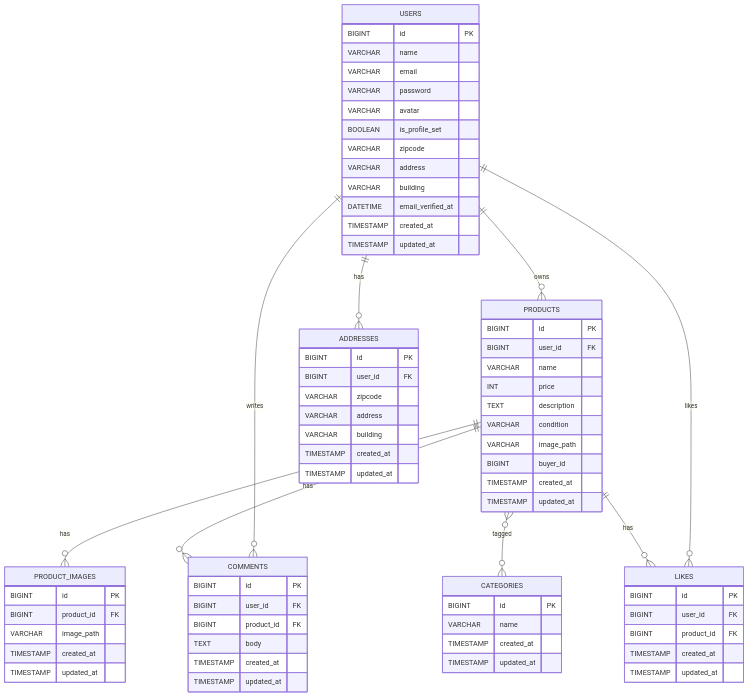
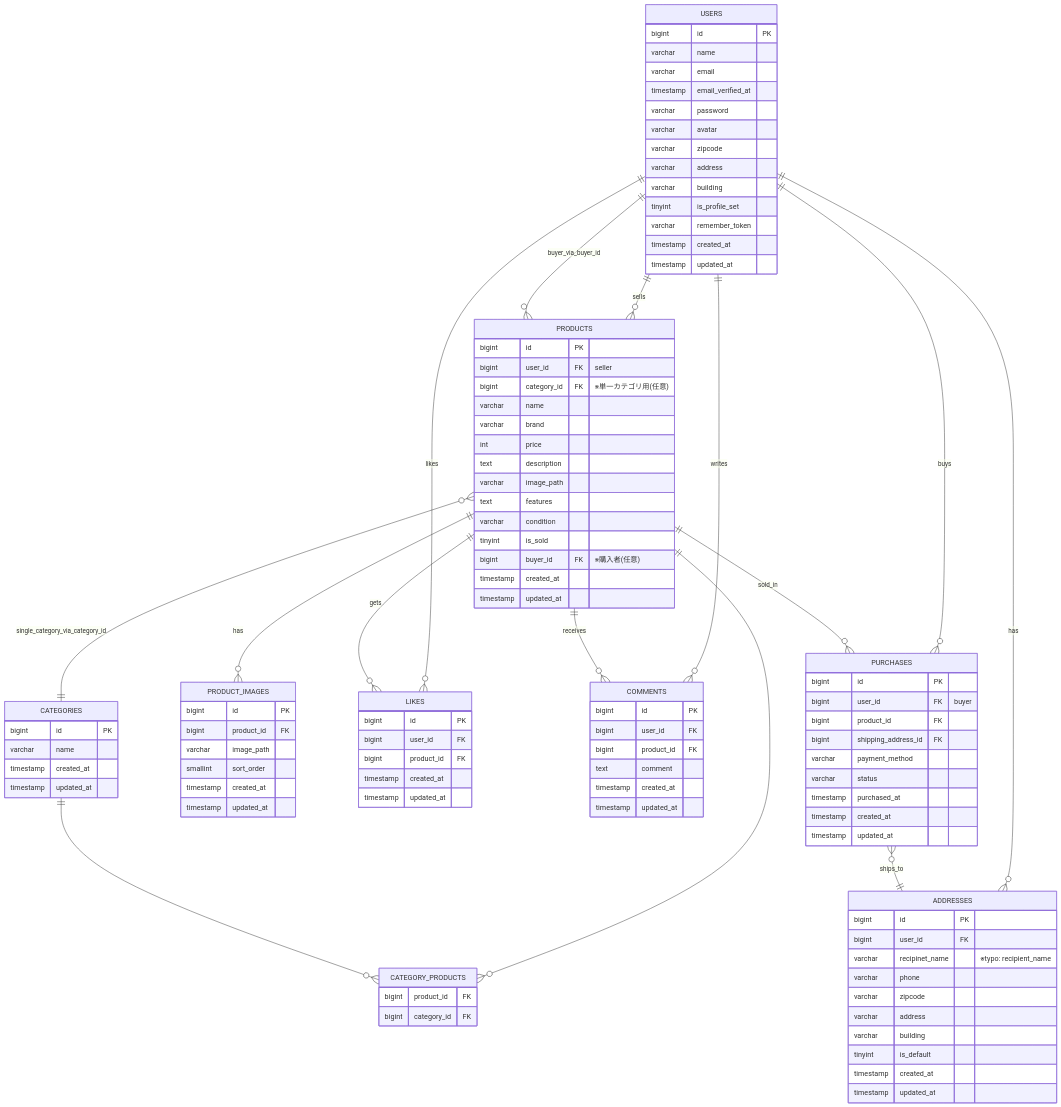
Before and after one commit to kiki1226/coachtech-flima: the diagram in README.md, drawn with Mermaid. The commit also changed other lines of this file, not shown here.

Commit message:
Initial commit: coachtech-flema app (tests & Dusk green)

````diff
--- a/README.md
+++ b/README.md
@@ -59,83 +62,121 @@
 }}%%
 
 erDiagram
-  USERS ||--o{ PRODUCTS : "owns"
-  USERS ||--o{ COMMENTS : "writes"
-  USERS ||--o{ LIKES : "likes"
-  USERS ||--o{ ADDRESSES : "has"
+  USERS {
+    bigint id PK
+    varchar name
+    varchar email
+    timestamp email_verified_at
+    varchar password
+    varchar avatar
+    varchar zipcode
+    varchar address
+    varchar building
+    tinyint  is_profile_set
+    varchar remember_token
+    timestamp created_at
+    timestamp updated_at
+  }
 
-  PRODUCTS ||--o{ PRODUCT_IMAGES : "has"
-  PRODUCTS ||--o{ COMMENTS : "has"
-  PRODUCTS ||--o{ LIKES : "has"
-  PRODUCTS }o--o{ CATEGORIES : "tagged"
-
-  USERS {
-    BIGINT   id PK
-    VARCHAR  name
-    VARCHAR  email
-    VARCHAR  password
-    VARCHAR  avatar
-    BOOLEAN  is_profile_set
-    VARCHAR  zipcode
-    VARCHAR  address
-    VARCHAR  building
-    DATETIME email_verified_at
-    TIMESTAMP created_at
-    TIMESTAMP updated_at
+  CATEGORIES {
+    bigint id PK
+    varchar name
+    timestamp created_at
+    timestamp updated_at
   }
 
   PRODUCTS {
-    BIGINT   id PK
-    BIGINT   user_id FK
-    VARCHAR  name
-    INT      price
-    TEXT     description
-    VARCHAR  condition
-    VARCHAR  image_path
-    BIGINT   buyer_id
-    TIMESTAMP created_at
-    TIMESTAMP updated_at
+    bigint id PK
+    bigint user_id FK  "seller"
+    bigint category_id FK "※単一カテゴリ用(任意)"
+    varchar name
+    varchar brand
+    int     price
+    text    description
+    varchar image_path
+    text    features
+    varchar condition
+    tinyint is_sold
+    bigint  buyer_id FK "※購入者(任意)"
+    timestamp created_at
+    timestamp updated_at
   }
 
   PRODUCT_IMAGES {
-    BIGINT   id PK
-    BIGINT   product_id FK
-    VARCHAR  image_path
-    TIMESTAMP created_at
-    TIMESTAMP updated_at
+    bigint id PK
+    bigint product_id FK
+    varchar image_path
+    smallint sort_order
+    timestamp created_at
+    timestamp updated_at
   }
 
-  CATEGORIES {
-    BIGINT   id PK
-    VARCHAR  name
-    TIMESTAMP created_at
-    TIMESTAMP updated_at
+  CATEGORY_PRODUCTS {
+    bigint product_id FK
+    bigint category_id FK
+  }
+
+  LIKES {
+    bigint id PK
+    bigint user_id FK
+    bigint product_id FK
+    timestamp created_at
+    timestamp updated_at
   }
 
   COMMENTS {
-    BIGINT   id PK
-    BIGINT   user_id FK
-    BIGINT   product_id FK
-    TEXT     body
-    TIMESTAMP created_at
-    TIMESTAMP updated_at
-  }
-
-  LIKES {
-    BIGINT   id PK
-    BIGINT   user_id FK
-    BIGINT   product_id FK
-    TIMESTAMP created_at
-    TIMESTAMP updated_at
+    bigint id PK
+    bigint user_id FK
+    bigint product_id FK
+    text   comment
+    timestamp created_at
+    timestamp updated_at
   }
 
   ADDRESSES {
-    BIGINT   id PK
-    BIGINT   user_id FK
-    VARCHAR  zipcode
-    VARCHAR  address
-    VARCHAR  building
-    TIMESTAMP created_at
-    TIMESTAMP updated_at
+    bigint id PK
+    bigint user_id FK
+    varchar recipinet_name  "※typo: recipient_name"
+    varchar phone
+    varchar zipcode
+    varchar address
+    varchar building
+    tinyint is_default
+    timestamp created_at
+    timestamp updated_at
   }
+
+  PURCHASES {
+    bigint id PK
+    bigint user_id FK         "buyer"
+    bigint product_id FK
+    bigint shipping_address_id FK
+    varchar payment_method
+    varchar status
+    timestamp purchased_at
+    timestamp created_at
+    timestamp updated_at
+  }
+
+  %% 1対多
+  USERS ||--o{ PRODUCTS         : sells
+  USERS ||--o{ ADDRESSES        : has
+  USERS ||--o{ LIKES            : likes
+  USERS ||--o{ COMMENTS         : writes
+  USERS ||--o{ PURCHASES        : buys
+
+  PRODUCTS ||--o{ PRODUCT_IMAGES : has
+  PRODUCTS ||--o{ LIKES          : gets
+  PRODUCTS ||--o{ COMMENTS       : receives
+  PRODUCTS ||--o{ PURCHASES      : sold_in
+
+  %% 多対多（中間テーブル）
+  PRODUCTS ||--o{ CATEGORY_PRODUCTS : ""
+  CATEGORIES ||--o{ CATEGORY_PRODUCTS : ""
+
+  %% 参照
+  PURCHASES }o--|| ADDRESSES : ships_to
+  PRODUCTS  }o--|| USERS     : buyer_via_buyer_id
+  PRODUCTS  }o--|| CATEGORIES: single_category_via_category_id
+
 ```
````
